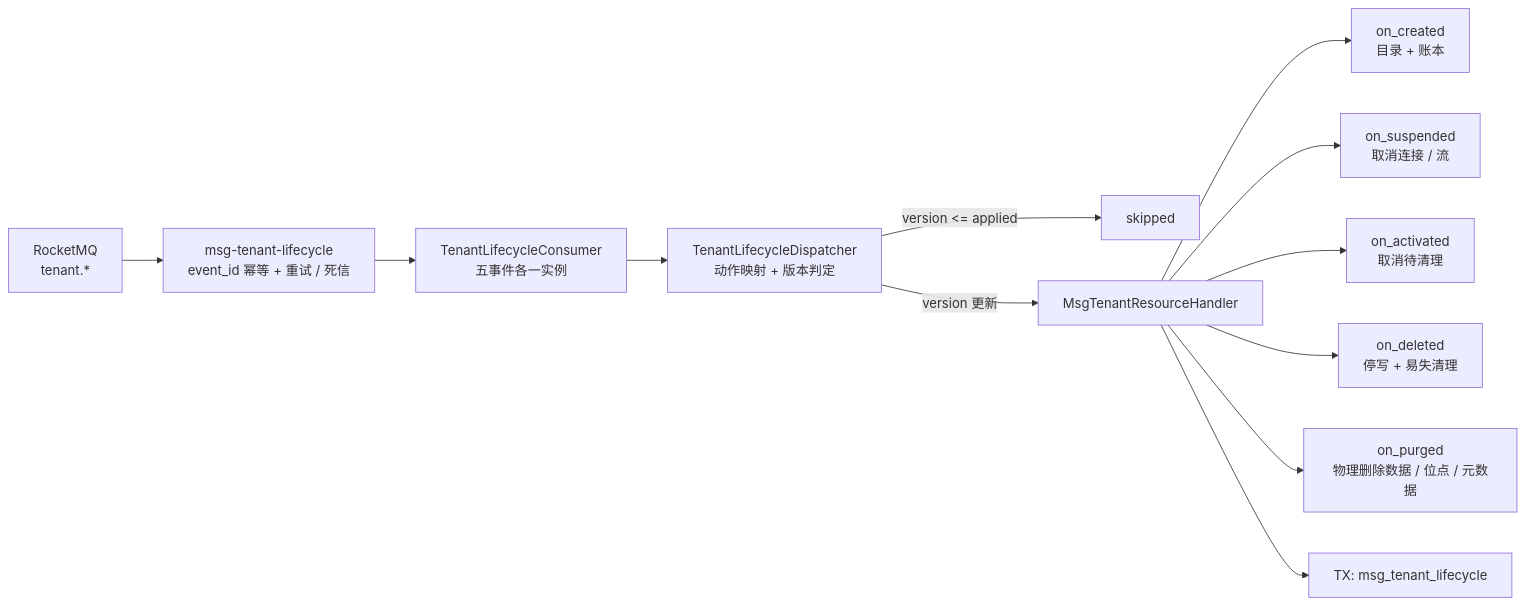
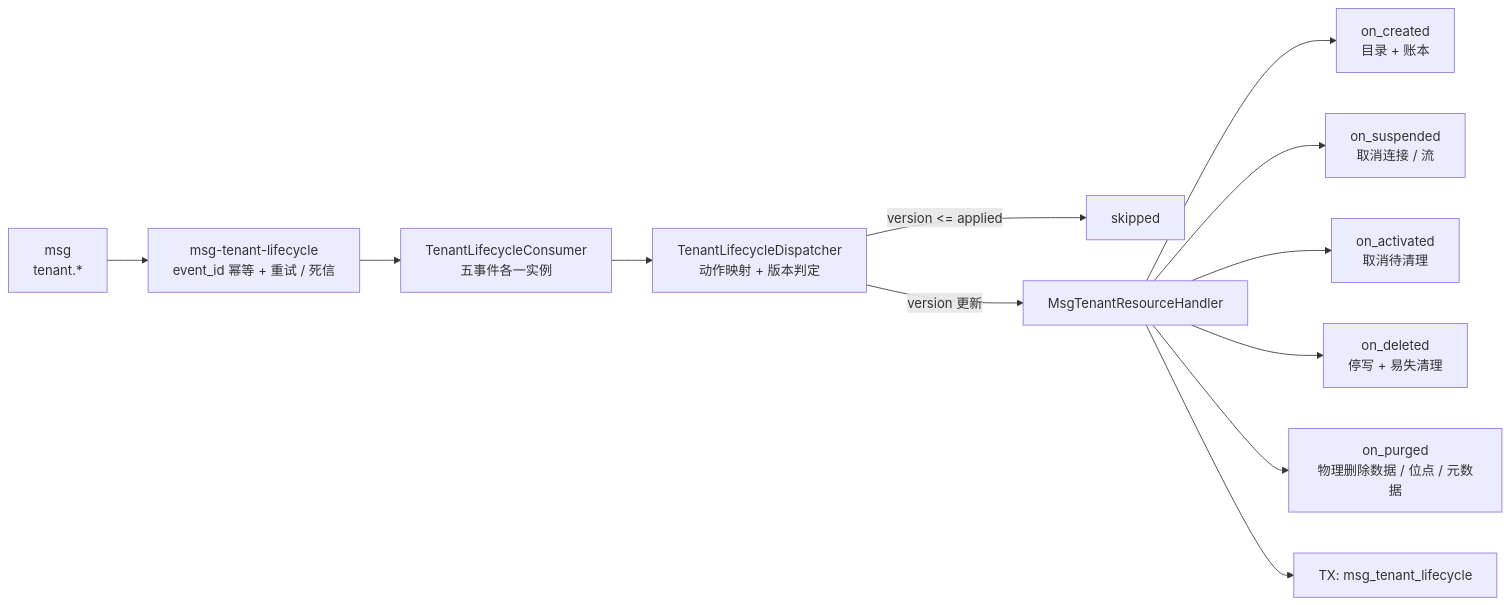
One commit to minjian123/message-platform changed the first of 3 diagrams in msg文档/项目/08B_消息平台/任务/05_多租户与安全/05_多租户与安全_05_租户生命周期资源清理/设计/01_详细设计_05_多租户与安全_05_租户生命周期资源清理.md. Above: the diagram before and after it, drawn with Mermaid. The commit also changed 20 other files, not shown here.

Commit message:
docs(msg): 回写 RocketMQ 下线后的口径

````diff
--- a/msg文档/项目/08B_消息平台/任务/05_多租户与安全/05_多租户与安全_05_租户生命周期资源清理/设计/01_详细设计_05_多租户与安全_05_租户生命周期资源清理.md
+++ b/msg文档/项目/08B_消息平台/任务/05_多租户与安全/05_多租户与安全_05_租户生命周期资源清理/设计/01_详细设计_05_多租户与安全_05_租户生命周期资源清理.md
@@ -144,14 +144,14 @@
 ```mermaid
 flowchart LR
-    MQ["RocketMQ<br/>tenant.*"] --> G["msg-tenant-lifecycle<br/>event_id 幂等 + 重试 / 死信"]
+    MQ["msg<br/>tenant.*"] --> G["msg-tenant-lifecycle<br/>event_id 幂等 + 重试 / 死信"]
     G --> C["TenantLifecycleConsumer<br/>五事件各一实例"]
     C --> D["TenantLifecycleDispatcher<br/>动作映射 + 版本判定"]
     D -->|"version <= applied"| S["skipped"]
     D -->|"version 更新"| H["MsgTenantResourceHandler"]
     H --> A1["on_created<br/>目录 + 账本"]
     H --> A2["on_suspended<br/>取消连接 / 流"]
     H --> A3["on_activated<br/>取消待清理"]
     H --> A4["on_deleted<br/>停写 + 易失清理"]
     H --> A5["on_purged<br/>物理删除数据 / 位点 / 元数据"]
     H --> L["TX: msg_tenant_lifecycle"]
 ```
````
